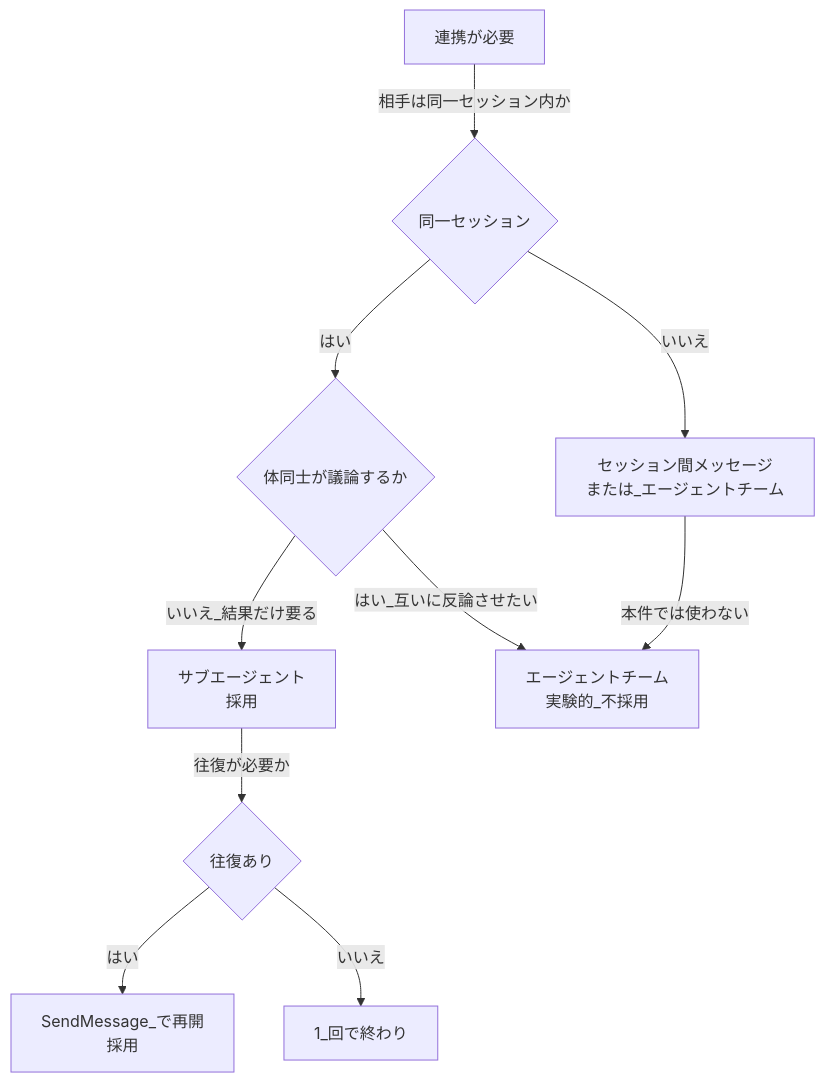
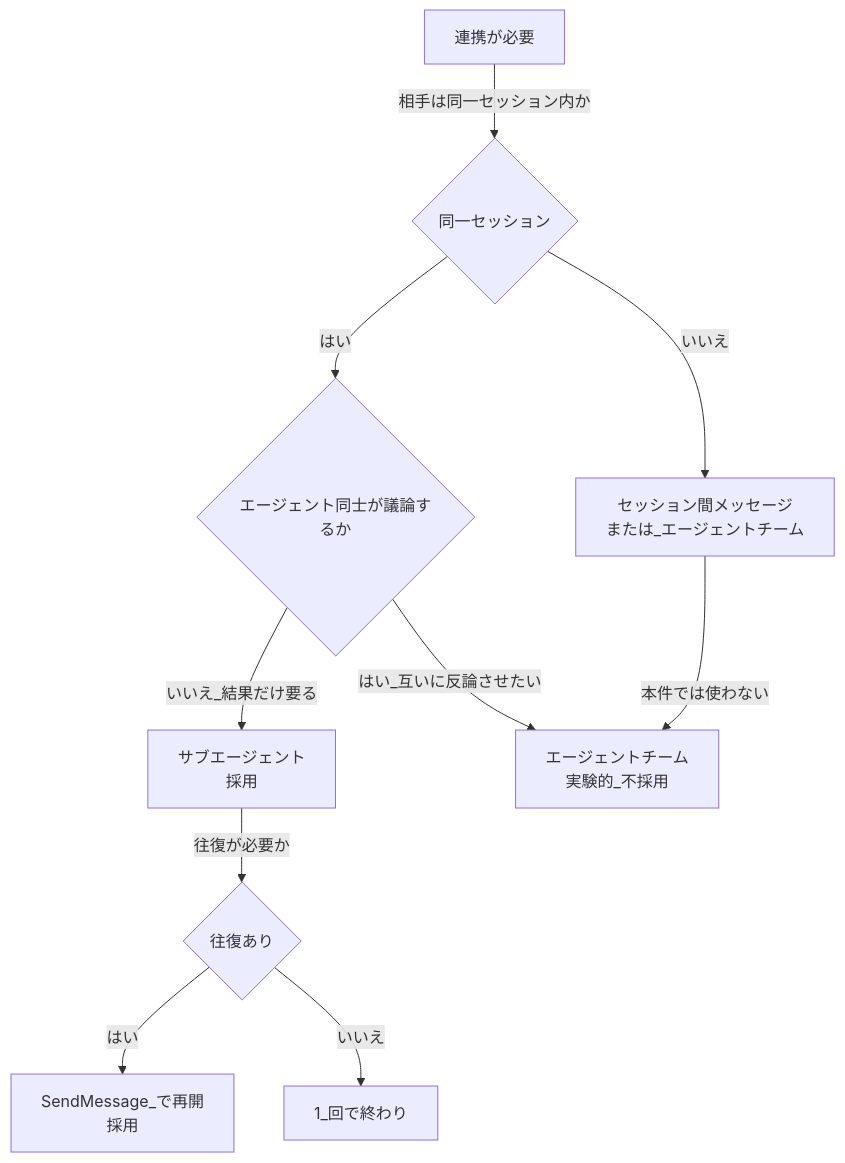
One commit to GoodRelax/gr-sw-maker changed the first of 2 diagrams in maintenance/2026-08-10/06-agent-connection-report.md. Above: the diagram before and after it, drawn with Mermaid. The commit also changed other lines of this file and 5 other files, not shown here.

````diff
--- a/maintenance/2026-08-10/06-agent-connection-report.md
+++ b/maintenance/2026-08-10/06-agent-connection-report.md
@@ -65,12 +65,12 @@
 ```mermaid
 flowchart TD
     START["連携が必要"] -->|"相手は同一セッション内か"| SAME{"同一セッション"}
-    SAME -->|"はい"| TALK{"体同士が議論するか"}
+    SAME -->|"はい"| TALK{"エージェント同士が議論するか"}
     SAME -->|"いいえ"| CROSS["セッション間メッセージ<br/>または_エージェントチーム"]
     TALK -->|"いいえ_結果だけ要る"| SUB["サブエージェント<br/>採用"]
     TALK -->|"はい_互いに反論させたい"| TEAM["エージェントチーム<br/>実験的_不採用"]
     SUB -->|"往復が必要か"| AGAIN{"往復あり"}
     AGAIN -->|"はい"| RESUME["SendMessage_で再開<br/>採用"]
     AGAIN -->|"いいえ"| ONCE["1_回で終わり"]
     CROSS -->|"本件では使わない"| TEAM
 ```
````
